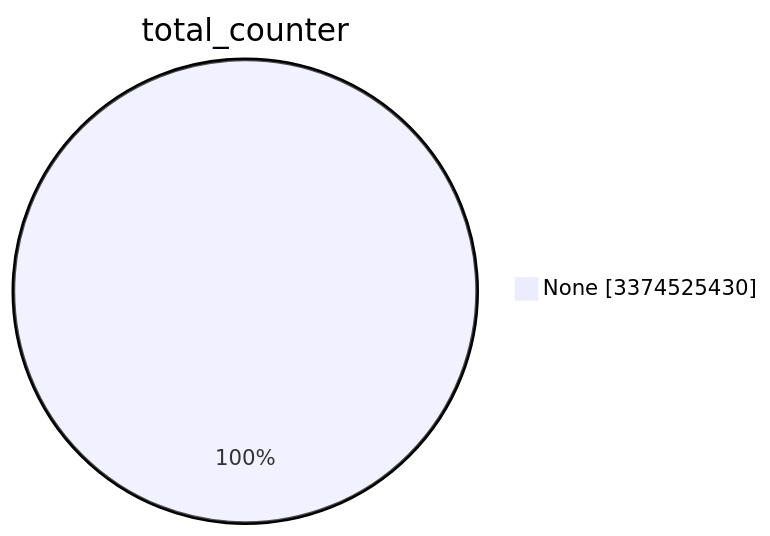
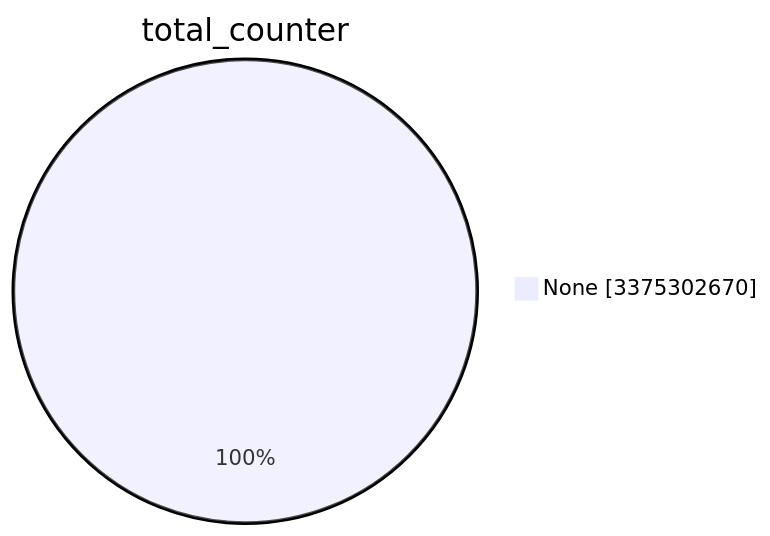
One commit to christiankrug/ctmonitor_visualization changed the first of 15 diagrams in TOTAL/README.md. Above: the diagram before and after it, drawn with Mermaid. The commit also changed other lines of this file, not shown here.

````diff
--- a/TOTAL/README.md
+++ b/TOTAL/README.md
@@ -1,5 +1,5 @@
 ```mermaid
 pie showData
 title total_counter
-"None" :3374525430
+"None" :3375302670
 ```
````
